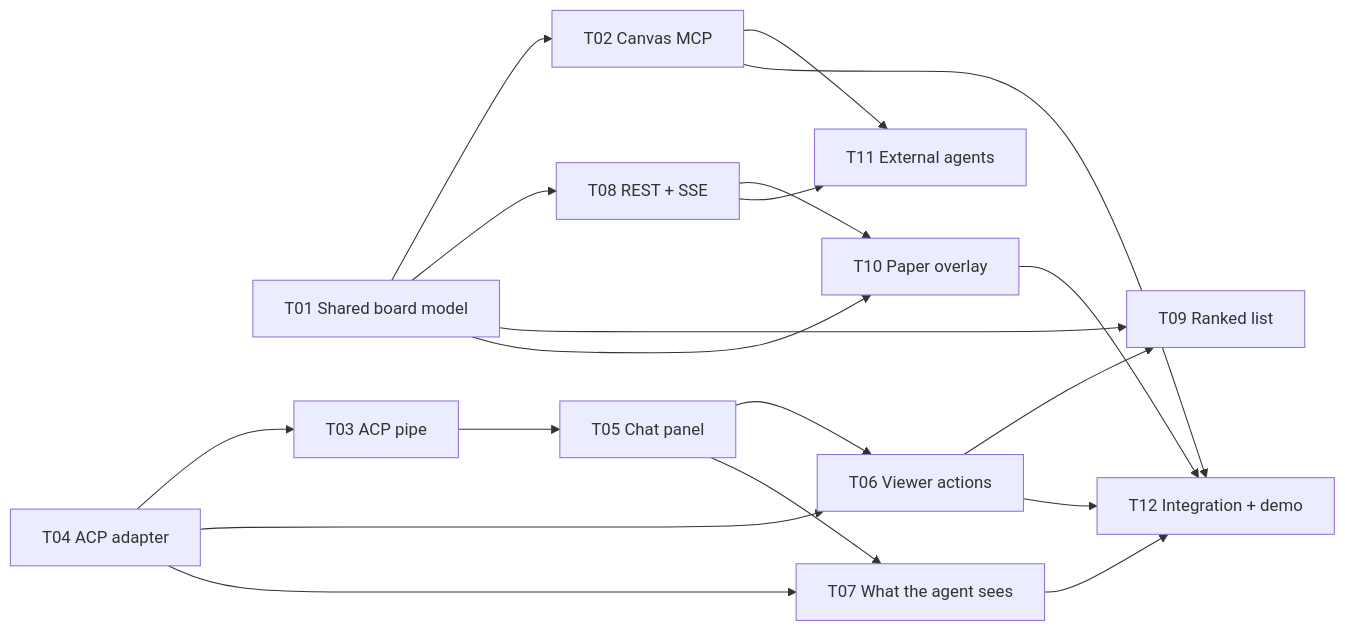
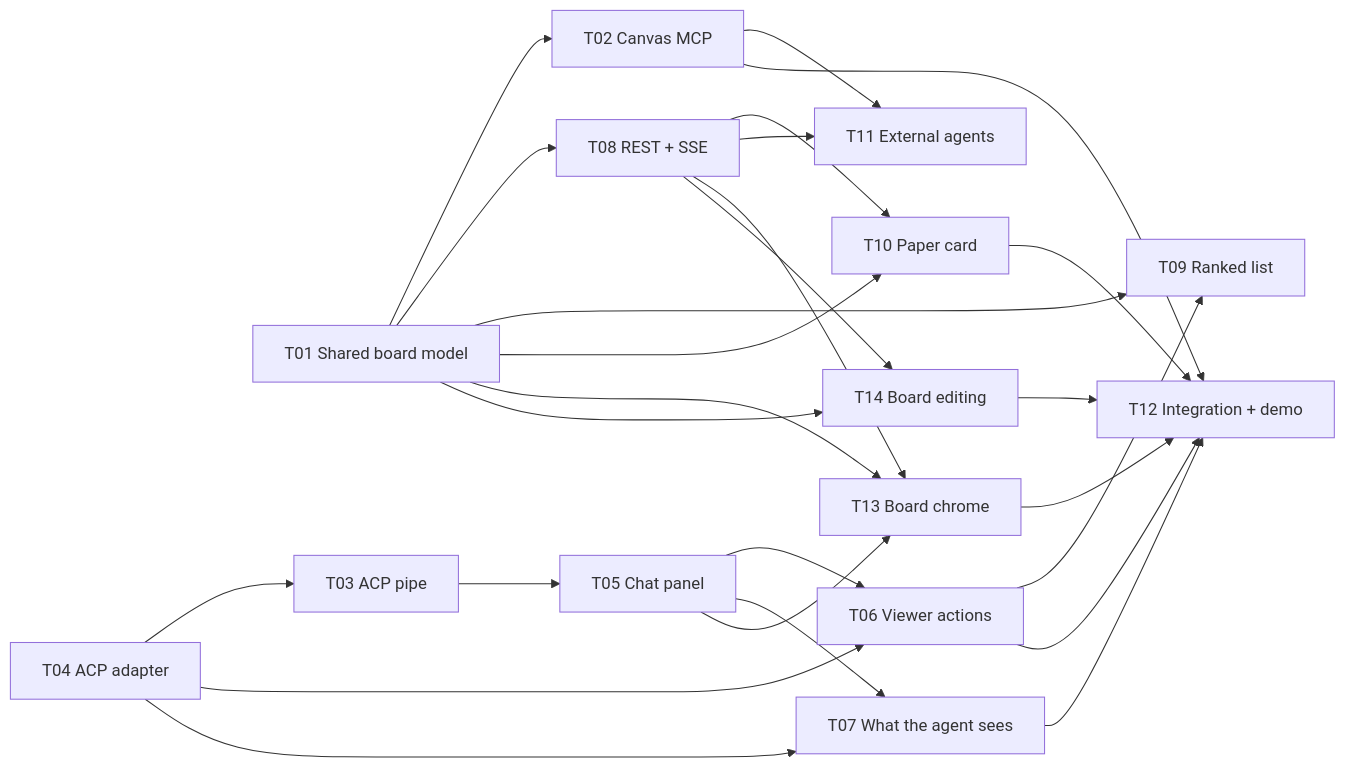
The first of 3 diagrams in docs/wps/tldraw-integration/README.md (kmariuszk/nebius-hackathon), drawn with Mermaid before and after one commit. The commit also changed other lines of this file and 15 other files, not shown here.

````diff
--- a/docs/wps/tldraw-integration/README.md
+++ b/docs/wps/tldraw-integration/README.md
@@ -71,21 +74,28 @@
 ```mermaid
 flowchart LR
   T01["T01 Shared board model"] --> T02["T02 Canvas MCP"]
   T01 --> T08["T08 REST + SSE"]
   T04["T04 ACP adapter"] --> T03["T03 ACP pipe"]
   T03 --> T05["T05 Chat panel"]
   T04 --> T06["T06 Viewer actions"]
   T05 --> T06
   T04 --> T07["T07 What the agent sees"]
   T05 --> T07
   T01 --> T09["T09 Ranked list"]
   T06 --> T09
-  T08 --> T10["T10 Paper overlay"]
+  T08 --> T10["T10 Paper card"]
   T01 --> T10
   T02 --> T11["T11 External agents"]
   T08 --> T11
   T02 --> T12["T12 Integration + demo"]
   T06 --> T12
   T07 --> T12
   T10 --> T12
+  T01 --> T13["T13 Board chrome"]
+  T05 --> T13
+  T08 --> T13
+  T01 --> T14["T14 Board editing"]
+  T08 --> T14
+  T13 --> T12
+  T14 --> T12
 ```
````
